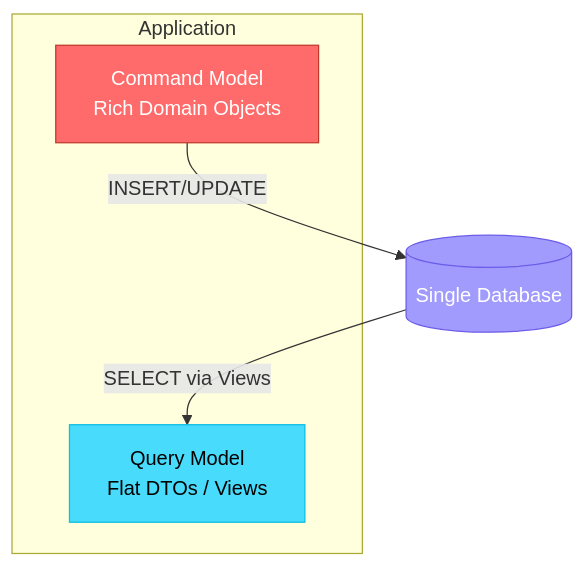
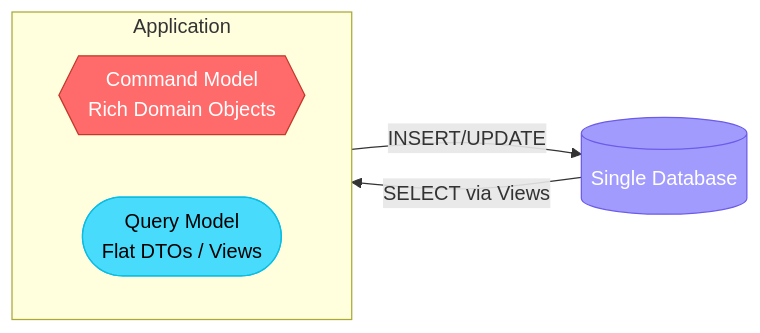
One commit to saivamsikaruturi/vamsilabs-dev-notes-main changed the third of 5 diagrams in docs/CQRS.md. Above: the diagram before and after it, drawn with Mermaid. The commit also changed other lines of this file and 146 other files, not shown here.

Commit message:
Horizontal diagrams, UML class diagrams, typography overhaul, and permalink cleanup

````diff
--- a/docs/CQRS.md
+++ b/docs/CQRS.md
@@ -113,16 +113,17 @@
 ```mermaid
-flowchart TB
+flowchart LR
     subgraph Application
-        CM[Command Model<br/>Rich Domain Objects]:::cmd
-        QM[Query Model<br/>Flat DTOs / Views]:::qry
+        direction LR
+        CM{{"Command Model<br/>Rich Domain Objects"}}:::cmd
+        QM(["Query Model<br/>Flat DTOs / Views"]):::qry
     end
 
-    DB[(Single Database)]:::db
+    DB[("Single Database")]:::db
 
     CM -->|INSERT/UPDATE| DB
     DB -->|SELECT via Views| QM
 
     classDef cmd fill:#ff6b6b,stroke:#c0392b,color:#fff
     classDef qry fill:#48dbfb,stroke:#0abde3,color:#000
     classDef db fill:#a29bfe,stroke:#6c5ce7,color:#fff
 ```
````
